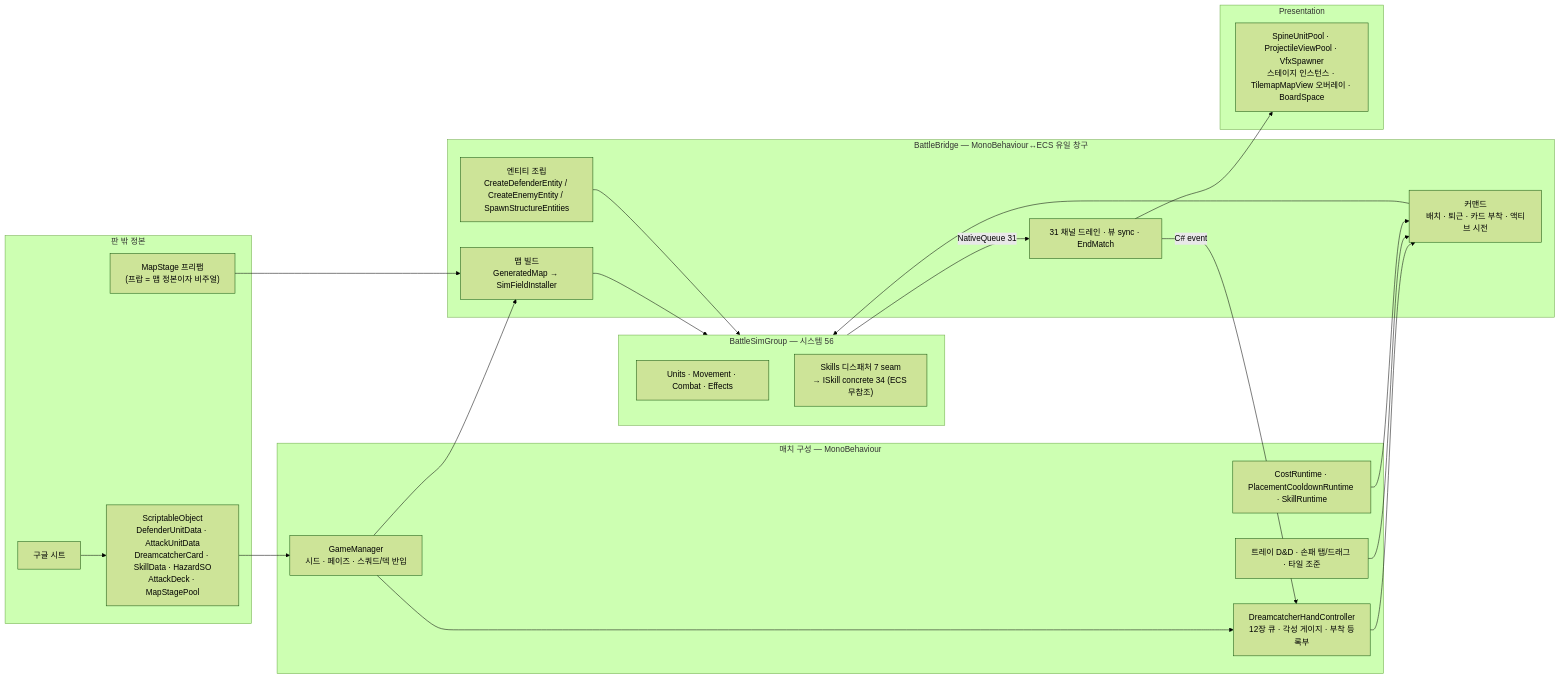
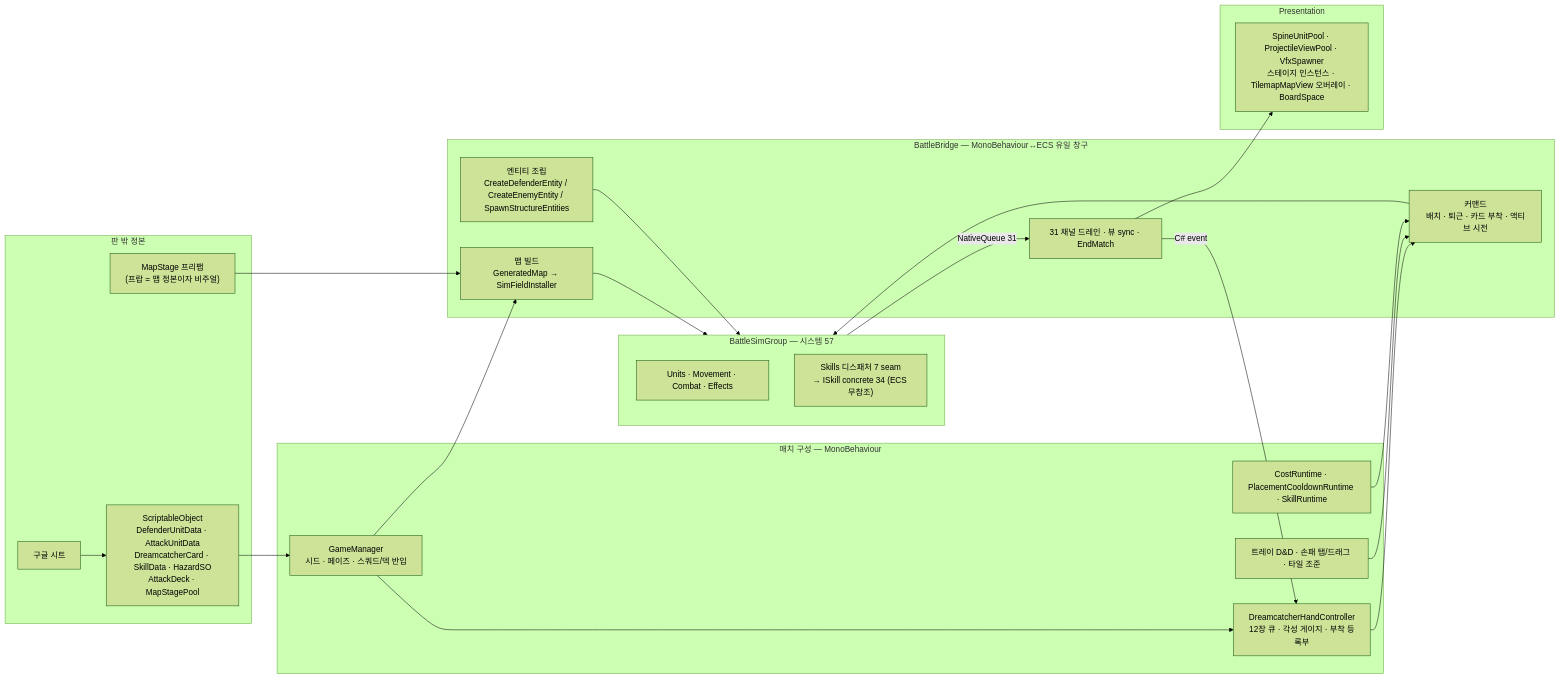
One commit to wasssupman/dreamsquad-demo changed the first of 2 diagrams in docs/reference/battle-core-architecture.md. Above: the diagram before and after it, drawn with Mermaid (forest theme). The commit also changed other lines of this file, not shown here.

First line of the commit message:
docs(battle-core-architecture): defender-autobattle-ai 착지 반영 — 엔진-프리 로직 레이어 둘째

````diff
--- a/docs/reference/battle-core-architecture.md
+++ b/docs/reference/battle-core-architecture.md
@@ -26,39 +26,39 @@
 ```mermaid
 flowchart LR
     subgraph OUT["판 밖 정본"]
         SHEET["구글 시트"] --> SO["ScriptableObject<br/>DefenderUnitData · AttackUnitData<br/>DreamcatcherCard · SkillData · HazardSO<br/>AttackDeck · MapStagePool"]
         STAGE["MapStage 프리팹<br/>(프랍 = 맵 정본이자 비주얼)"]
     end
     subgraph MONO["매치 구성 — MonoBehaviour"]
         GM["GameManager<br/>시드 · 페이즈 · 스쿼드/덱 반입"]
         HAND["DreamcatcherHandController<br/>12장 큐 · 각성 게이지 · 부착 등록부"]
         ECON["CostRuntime · PlacementCooldownRuntime · SkillRuntime"]
         INPUT["트레이 D&D · 손패 탭/드래그 · 타일 조준"]
     end
     subgraph BR["BattleBridge — MonoBehaviour↔ECS 유일 창구"]
         B1["맵 빌드<br/>GeneratedMap → SimFieldInstaller"]
         B2["엔티티 조립<br/>CreateDefenderEntity / CreateEnemyEntity / SpawnStructureEntities"]
         B3["커맨드<br/>배치 · 퇴근 · 카드 부착 · 액티브 시전"]
         B4["31 채널 드레인 · 뷰 sync · EndMatch"]
     end
-    subgraph ECS["BattleSimGroup — 시스템 56"]
+    subgraph ECS["BattleSimGroup — 시스템 57"]
         CTX["Units · Movement · Combat · Effects"]
         SK["Skills 디스패처 7 seam<br/>→ ISkill concrete 34 (ECS 무참조)"]
     end
     subgraph VIEW["Presentation"]
         V["SpineUnitPool · ProjectileViewPool · VfxSpawner<br/>스테이지 인스턴스 · TilemapMapView 오버레이 · BoardSpace"]
     end
     SO --> GM
     STAGE --> B1
     GM --> B1
     GM --> HAND
     HAND --> B3
     INPUT --> B3
     ECON --> B3
     B1 --> ECS
     B2 --> ECS
     B3 --> ECS
     ECS -- "NativeQueue 31" --> B4
     B4 --> V
     B4 -- "C# event" --> HAND
 ```
````
